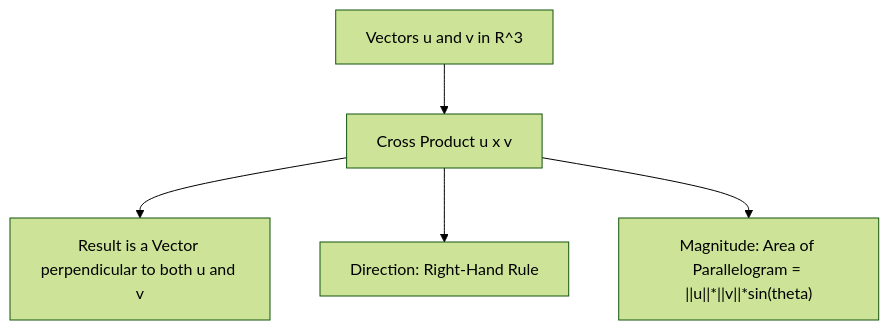
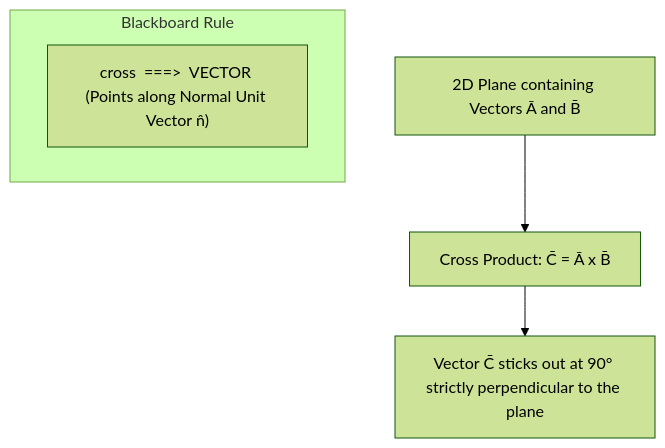
Before and after one commit to S1h2i3v4a/AI_ML: the diagram in lecture_21/Notes_21.11/README.md, drawn with Mermaid (forest theme). The commit also changed other lines of this file and 203 other files, not shown here.

Commit message:
docs(lectures 19-21): align notes with video lectures, add blackboard diagrams, clean structured functions, and compile vector PDFs

````diff
--- a/lecture_21/Notes_21.11/README.md
+++ b/lecture_21/Notes_21.11/README.md
@@ -15,7 +10,9 @@
 ```mermaid
 flowchart TD
-    A["Vectors u and v in R^3"] --> B["Cross Product u x v"]
-    B --> C["Result is a Vector perpendicular to both u and v"]
-    B --> D["Direction: Right-Hand Rule"]
-    B --> E["Magnitude: Area of Parallelogram = ||u||*||v||*sin(theta)"]
+    Plane["2D Plane containing Vectors Ā and B̄"] --> Cross["Cross Product: C̄ = Ā x B̄"]
+    Cross --> Norm["Vector C̄ sticks out at 90° strictly perpendicular to the plane"]
+    
+    subgraph Rule["Blackboard Rule"]
+        CrossRule["cross  ===>  VECTOR (Points along Normal Unit Vector n̂)"]
+    end
 ```
````
